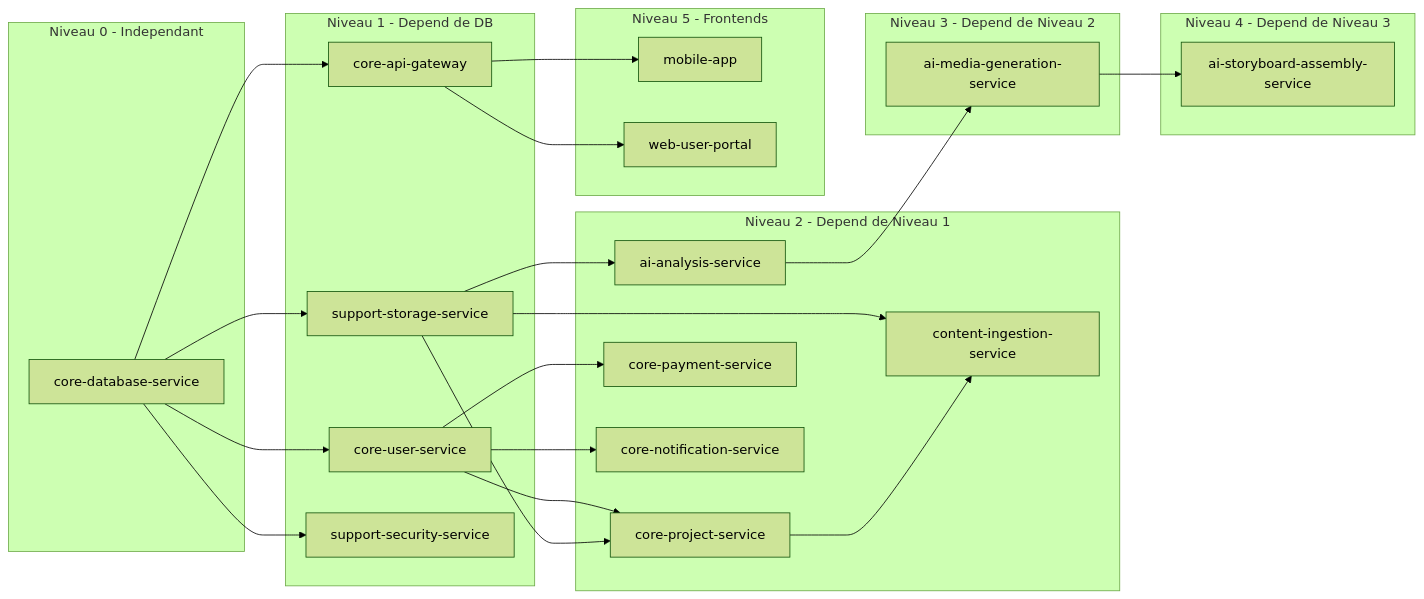
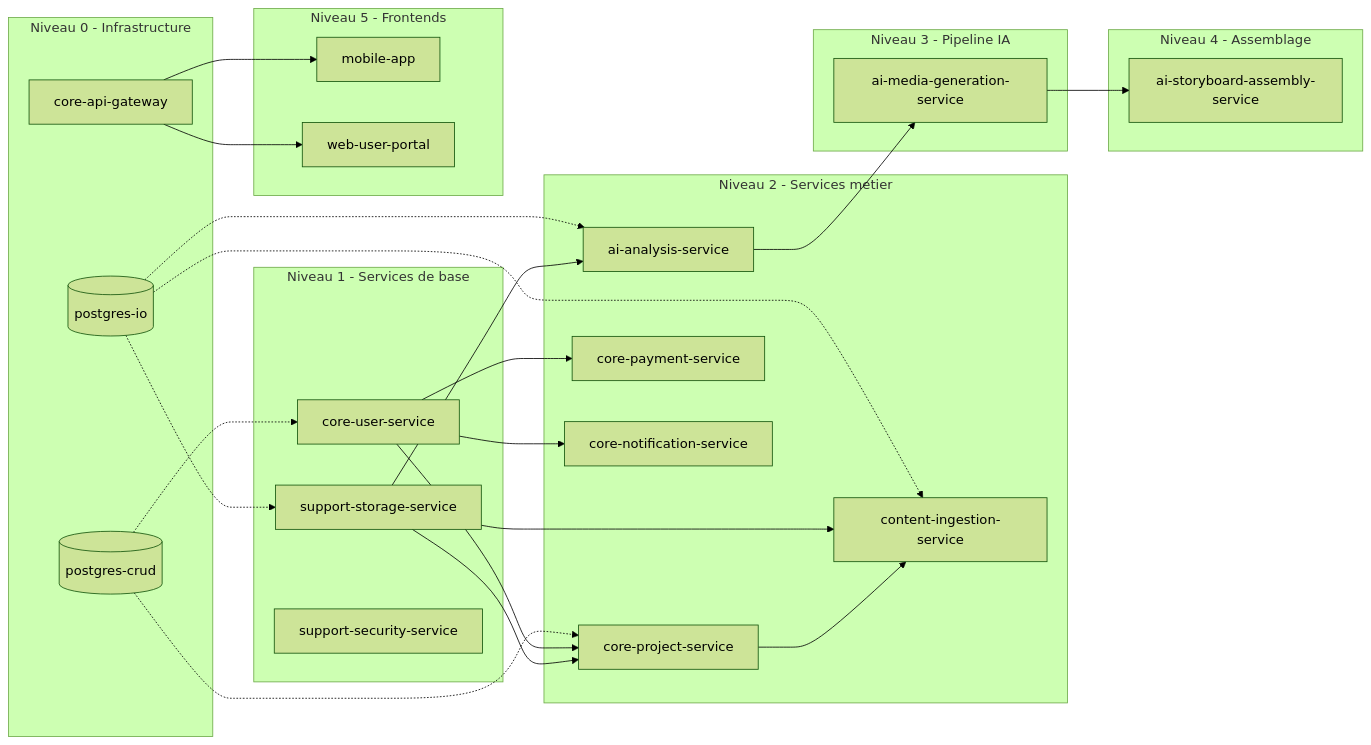
The second of 2 diagrams in microservices/00-overview.md (VisioBook-ESP/docs-architecture), drawn with Mermaid (forest theme) before and after one commit. The commit also changed other lines of this file and 15 other files, not shown here.

````diff
--- a/microservices/00-overview.md
+++ b/microservices/00-overview.md
@@ -130,54 +129,56 @@
 ```mermaid
 graph LR
-    subgraph "Niveau 0 - Independant"
-        DB[core-database-service]
+    subgraph "Niveau 0 - Infrastructure"
+        PGCRUD[(postgres-crud)]
+        PGIO[(postgres-io)]
+        GW[core-api-gateway]
     end
 
-    subgraph "Niveau 1 - Depend de DB"
-        GW[core-api-gateway]
+    subgraph "Niveau 1 - Services de base"
         USER[core-user-service]
         STORAGE[support-storage-service]
         SEC[support-security-service]
     end
 
-    subgraph "Niveau 2 - Depend de Niveau 1"
+    subgraph "Niveau 2 - Services metier"
         PROJECT[core-project-service]
         AI[ai-analysis-service]
         PAY[core-payment-service]
         NOTIF[core-notification-service]
         INGEST[content-ingestion-service]
     end
 
-    subgraph "Niveau 3 - Depend de Niveau 2"
+    subgraph "Niveau 3 - Pipeline IA"
         MEDIA[ai-media-generation-service]
     end
 
-    subgraph "Niveau 4 - Depend de Niveau 3"
+    subgraph "Niveau 4 - Assemblage"
         ASSEMBLY[ai-storyboard-assembly-service]
     end
 
     subgraph "Niveau 5 - Frontends"
         MOBILE[mobile-app]
         WEB[web-user-portal]
     end
 
-    DB --> USER
-    DB --> STORAGE
-    DB --> SEC
-    DB --> GW
+    PGCRUD -.-> USER
+    PGCRUD -.-> PROJECT
+    PGIO -.-> STORAGE
+    PGIO -.-> AI
+    PGIO -.-> INGEST
 
     USER --> PROJECT
     STORAGE --> PROJECT
     USER --> PAY
     USER --> NOTIF
     STORAGE --> AI
     STORAGE --> INGEST
 
     AI --> MEDIA
     PROJECT --> INGEST
 
     MEDIA --> ASSEMBLY
 
     GW --> MOBILE
     GW --> WEB
 ```
````
